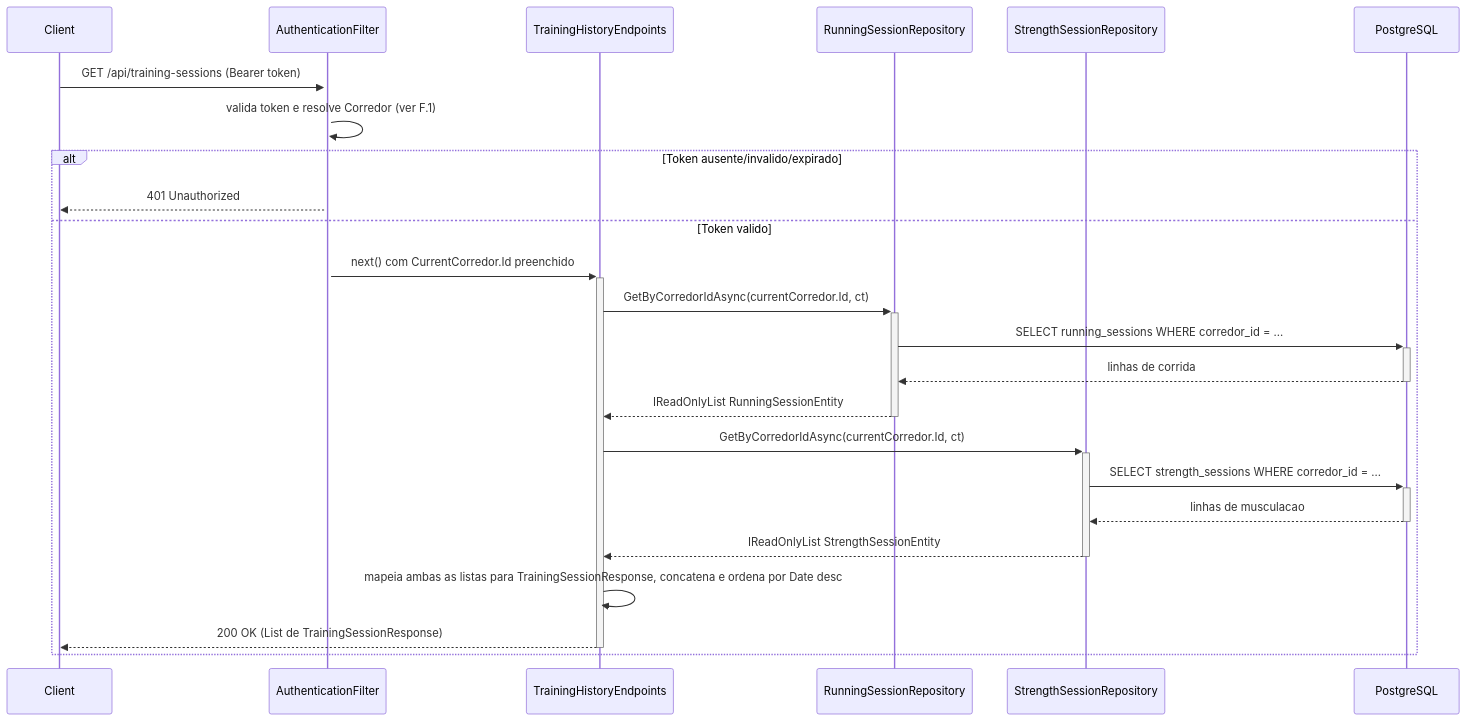
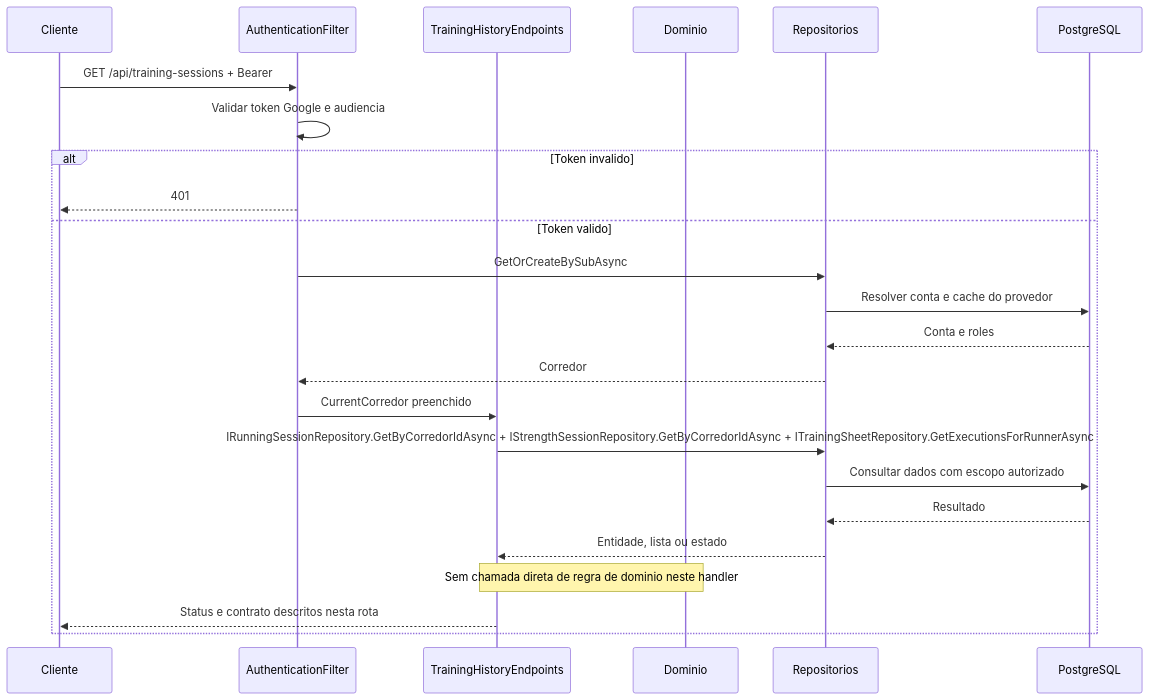
Before and after one commit to JoaoFPedro/steady-ia: the second of 3 diagrams in DocumentAIReadme/Steady.Api/DevDocs/TrainingHistoryEndpoints-Historico-DevDocs.md, drawn with Mermaid. The commit also changed other lines of this file and 318 other files, not shown here.

````diff
--- a/DocumentAIReadme/Steady.Api/DevDocs/TrainingHistoryEndpoints-Historico-DevDocs.md
+++ b/DocumentAIReadme/Steady.Api/DevDocs/TrainingHistoryEndpoints-Historico-DevDocs.md
@@ -80,27 +101,26 @@
 ```mermaid
 sequenceDiagram
-    participant Client
+    participant Client as Cliente
     participant AuthenticationFilter
     participant Endpoint as TrainingHistoryEndpoints
-    participant RunningRepo as RunningSessionRepository
-    participant StrengthRepo as StrengthSessionRepository
+    participant Domain as Dominio
+    participant Repository as Repositorios
     participant Database as PostgreSQL
-
-    Client->>+AuthenticationFilter: GET /api/training-sessions (Bearer token)
-    AuthenticationFilter->>AuthenticationFilter: valida token e resolve Corredor (ver F.1)
-    alt Token ausente/invalido/expirado
-        AuthenticationFilter-->>Client: 401 Unauthorized
+    Client->>AuthenticationFilter: GET /api/training-sessions + Bearer
+    AuthenticationFilter->>AuthenticationFilter: Validar token Google e audiencia
+    alt Token invalido
+        AuthenticationFilter-->>Client: 401
     else Token valido
-        AuthenticationFilter->>+Endpoint: next() com CurrentCorredor.Id preenchido
-        Endpoint->>+RunningRepo: GetByCorredorIdAsync(currentCorredor.Id, ct)
-        RunningRepo->>+Database: SELECT running_sessions WHERE corredor_id = ...
-        Database-->>-RunningRepo: linhas de corrida
-        RunningRepo-->>-Endpoint: IReadOnlyList RunningSessionEntity
-        Endpoint->>+StrengthRepo: GetByCorredorIdAsync(currentCorredor.Id, ct)
-        StrengthRepo->>+Database: SELECT strength_sessions WHERE corredor_id = ...
-        Database-->>-StrengthRepo: linhas de musculacao
-        StrengthRepo-->>-Endpoint: IReadOnlyList StrengthSessionEntity
-        Endpoint->>Endpoint: mapeia ambas as listas para TrainingSessionResponse, concatena e ordena por Date desc
-        Endpoint-->>-Client: 200 OK (List de TrainingSessionResponse)
+        AuthenticationFilter->>Repository: GetOrCreateBySubAsync
+        Repository->>Database: Resolver conta e cache do provedor
+        Database-->>Repository: Conta e roles
+        Repository-->>AuthenticationFilter: Corredor
+        AuthenticationFilter->>Endpoint: CurrentCorredor preenchido
+        Endpoint->>Repository: IRunningSessionRepository.GetByCorredorIdAsync + IStrengthSessionRepository.GetByCorredorIdAsync + ITrainingSheetRepository.GetExecutionsForRunnerAsync
+        Repository->>Database: Consultar dados com escopo autorizado
+        Database-->>Repository: Resultado
+        Repository-->>Endpoint: Entidade, lista ou estado
+        Note over Endpoint,Domain: Sem chamada direta de regra de dominio neste handler
+        Endpoint-->>Client: Status e contrato descritos nesta rota
     end
 ```
````
